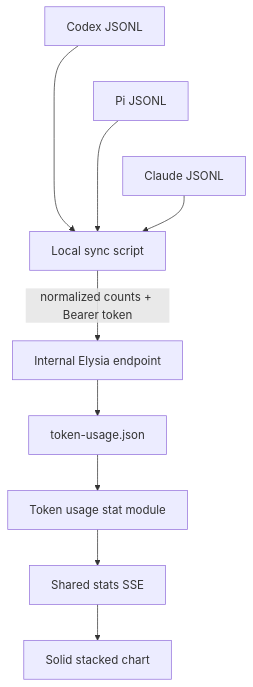
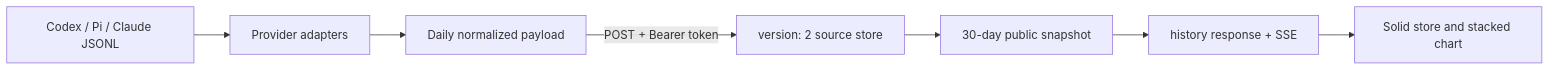
One commit to ErickCReis/ErickCReis changed the diagram in web/content/blog/agent-token-usage-as-a-first-class-stat.mdx. Above: the diagram before and after it, drawn with Mermaid. The commit also changed other lines of this file and 33 other files, not shown here.

````diff
--- a/web/content/blog/agent-token-usage-as-a-first-class-stat.mdx
+++ b/web/content/blog/agent-token-usage-as-a-first-class-stat.mdx
@@ -16,12 +12,9 @@
 ```mermaid center
-flowchart TB
-  Codex["Codex JSONL"] --> Local["Local sync script"]
-  Pi["Pi JSONL"] --> Local
-  Claude["Claude JSONL"] --> Local
-  Codex ~~~ Pi ~~~ Claude
-  Local -->|"normalized counts + Bearer token"| Endpoint["Internal Elysia endpoint"]
-  Endpoint --> File["token-usage.json"]
-  File --> Module["Token usage stat module"]
-  Module --> SSE["Shared stats SSE"]
-  SSE --> Panel["Solid stacked chart"]
+flowchart LR
+  Logs["Codex / Pi / Claude JSONL"] --> Adapters["Provider adapters"]
+  Adapters --> Daily["Daily normalized payload"]
+  Daily -->|"POST + Bearer token"| Store["version: 2 source store"]
+  Store --> Snapshot["30-day public snapshot"]
+  Snapshot --> Transport["history response + SSE"]
+  Transport --> Panel["Solid store and stacked chart"]
 ```
````
